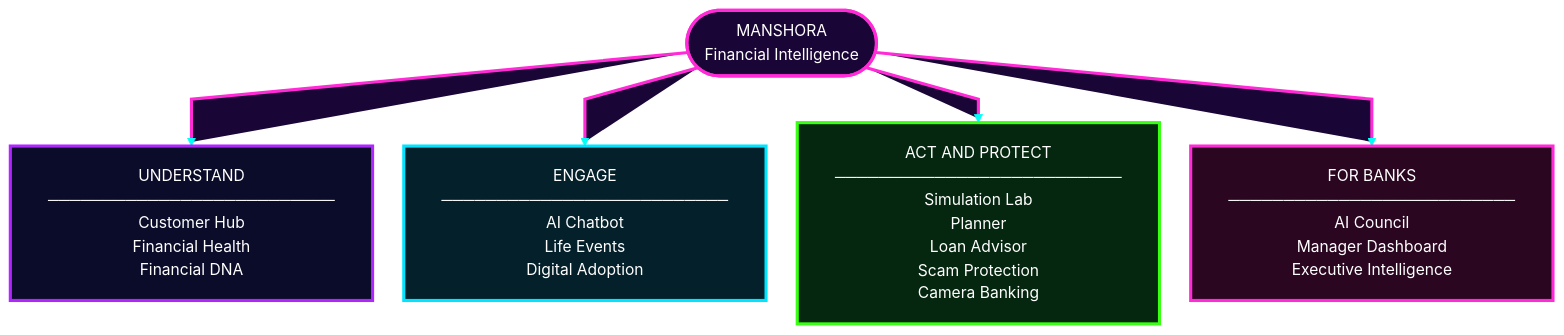
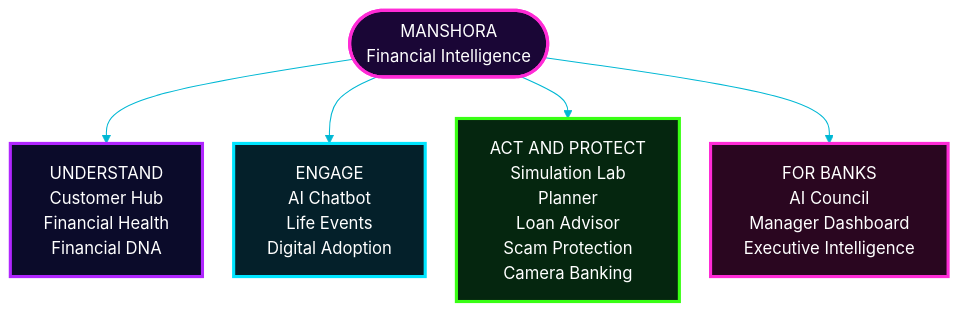
Before and after one commit to Mansi232323/MANSHORA: the fourth of 17 diagrams in README.md, drawn with Mermaid. The commit also changed other lines of this file, not shown here.

````diff
--- a/README.md
+++ b/README.md
@@ -206,20 +203,19 @@
 ```mermaid
-%%{init: {'theme':'base','themeVariables':{'fontSize':'15px','fontFamily':'Arial, Helvetica, sans-serif','primaryColor':'#0b0b2a','primaryTextColor':'#ffffff','primaryBorderColor':'#b026ff','lineColor':'#00fff7','textColor':'#ffffff','edgeLabelBackground':'#0b0b2a'},'flowchart':{'htmlLabels':false,'nodeSpacing':30,'rankSpacing':45,'padding':18,'curve':'linear'}}}%%
+%%{init: {'theme':'base','themeVariables':{'fontSize':'16px','fontFamily':'Arial, Helvetica, sans-serif','primaryColor':'#0b0b2a','primaryTextColor':'#ffffff','primaryBorderColor':'#b026ff','lineColor':'#00b8d4','textColor':'#ffffff','edgeLabelBackground':'#0b0b2a'},'flowchart':{'htmlLabels':true,'nodeSpacing':30,'rankSpacing':40,'padding':16,'curve':'basis','wrappingWidth':240,'useMaxWidth':true}}}%%
 flowchart TB
     R(["MANSHORA<br/>Financial Intelligence"])
-    R --> U["UNDERSTAND<br/>──────────────────────────<br/>Customer Hub<br/>Financial Health<br/>Financial DNA"]
-    R --> E["ENGAGE<br/>──────────────────────────<br/>AI Chatbot<br/>Life Events<br/>Digital Adoption"]
-    R --> A["ACT AND PROTECT<br/>──────────────────────────<br/>Simulation Lab<br/>Planner<br/>Loan Advisor<br/>Scam Protection<br/>Camera Banking"]
-    R --> B["FOR BANKS<br/>──────────────────────────<br/>AI Council<br/>Manager Dashboard<br/>Executive Intelligence"]
+    R --> U["UNDERSTAND<br/>Customer Hub<br/>Financial Health<br/>Financial DNA"]
+    R --> E["ENGAGE<br/>AI Chatbot<br/>Life Events<br/>Digital Adoption"]
+    R --> A["ACT AND PROTECT<br/>Simulation Lab<br/>Planner<br/>Loan Advisor<br/>Scam Protection<br/>Camera Banking"]
+    R --> B["FOR BANKS<br/>AI Council<br/>Manager Dashboard<br/>Executive Intelligence"]
     classDef root fill:#1a0636,stroke:#ff2bd6,stroke-width:3px,color:#ffffff
     classDef und fill:#0b0b2a,stroke:#b026ff,stroke-width:3px,color:#ffffff
     classDef eng fill:#04202a,stroke:#00e5ff,stroke-width:3px,color:#ffffff
     classDef act fill:#05260f,stroke:#39ff14,stroke-width:3px,color:#ffffff
     classDef bank fill:#2a0620,stroke:#ff2bd6,stroke-width:3px,color:#ffffff
     class R root
     class U und
     class E eng
     class A act
     class B bank
-    linkStyle default fill:none,stroke:#00fff7,stroke-width:2px
 ```
````
